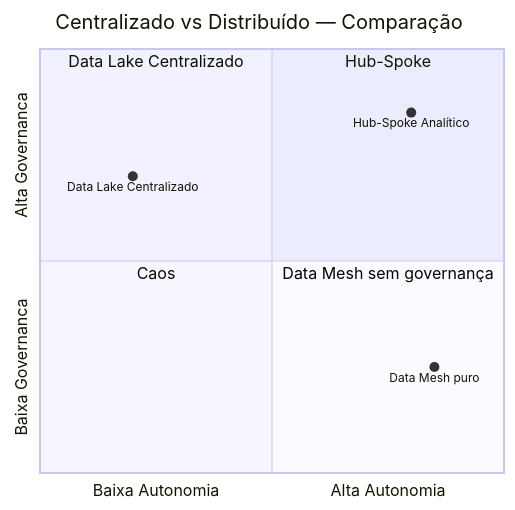
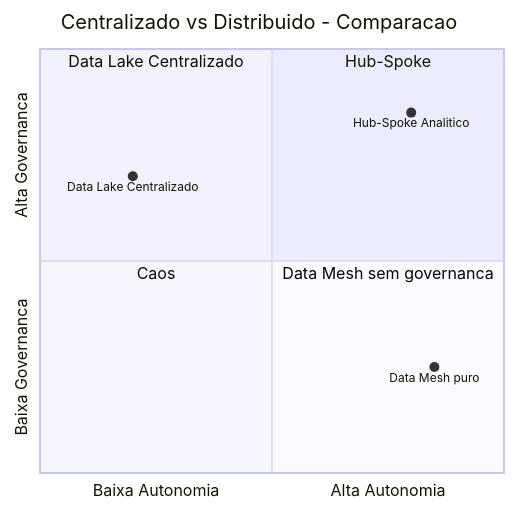
One commit to brunnoorpinelli/hubspoke changed diagram 15 of 15 in arquitetura-hubspoke.md. Above: the diagram before and after it, drawn with Mermaid.

Commit message:
fix: remove todos os caracteres especiais do quadrantChart
O parser do Mermaid rejeita qualquer acento ou cedilha no bloco
quadrantChart, não apenas nos eixos. Normalizado title, quadrant-4
e labels de pontos.

https://claude.ai/code/session_01EJLCB64bHAoj5VaZp6pCqP

````diff
--- a/arquitetura-hubspoke.md
+++ b/arquitetura-hubspoke.md
@@ -663,13 +663,13 @@
 ```mermaid
 quadrantChart
-    title Centralizado vs Distribuído — Comparação
+    title Centralizado vs Distribuido - Comparacao
     x-axis Baixa Autonomia --> Alta Autonomia
     y-axis Baixa Governanca --> Alta Governanca
     quadrant-1 Hub-Spoke
     quadrant-2 Data Lake Centralizado
     quadrant-3 Caos
-    quadrant-4 Data Mesh sem governança
-    Hub-Spoke Analítico: [0.80, 0.85]
+    quadrant-4 Data Mesh sem governanca
+    Hub-Spoke Analitico: [0.80, 0.85]
     Data Lake Centralizado: [0.20, 0.70]
     Data Mesh puro: [0.85, 0.25]
 ```
````
